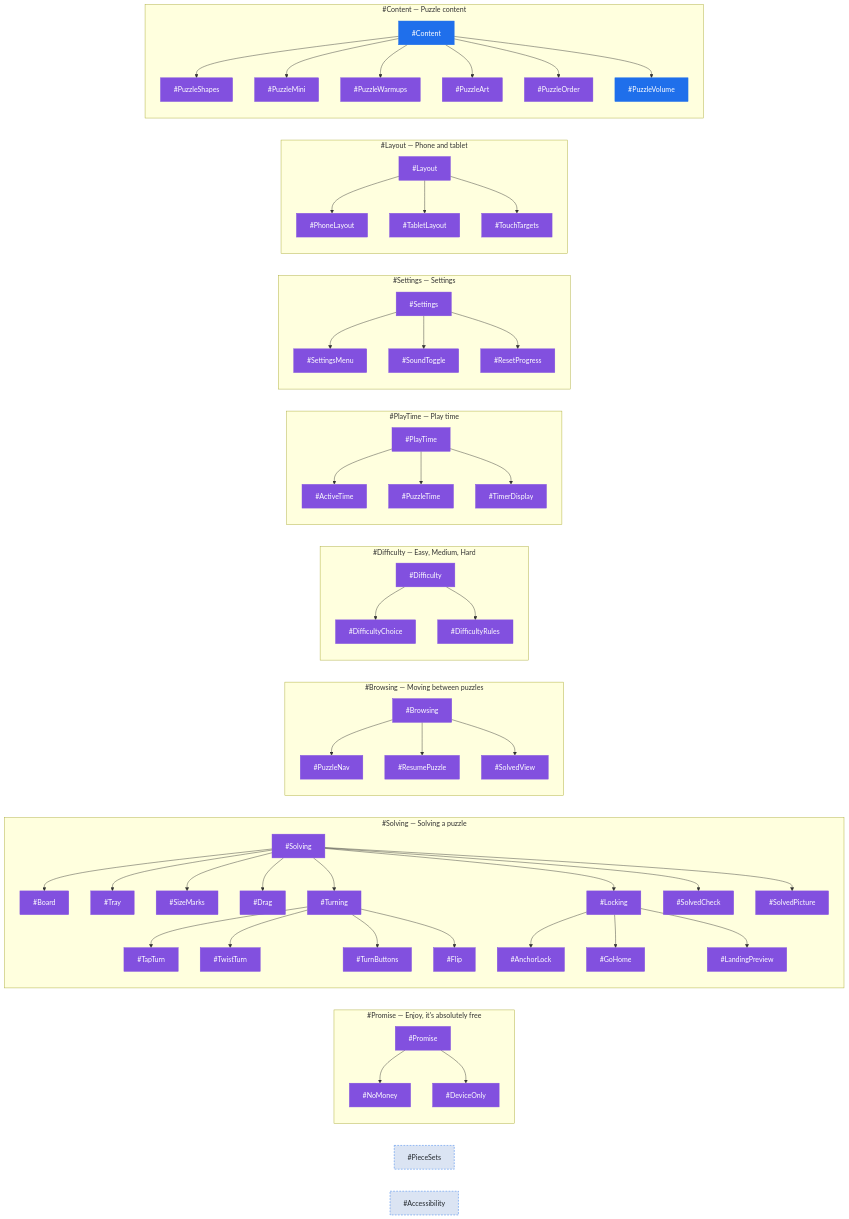
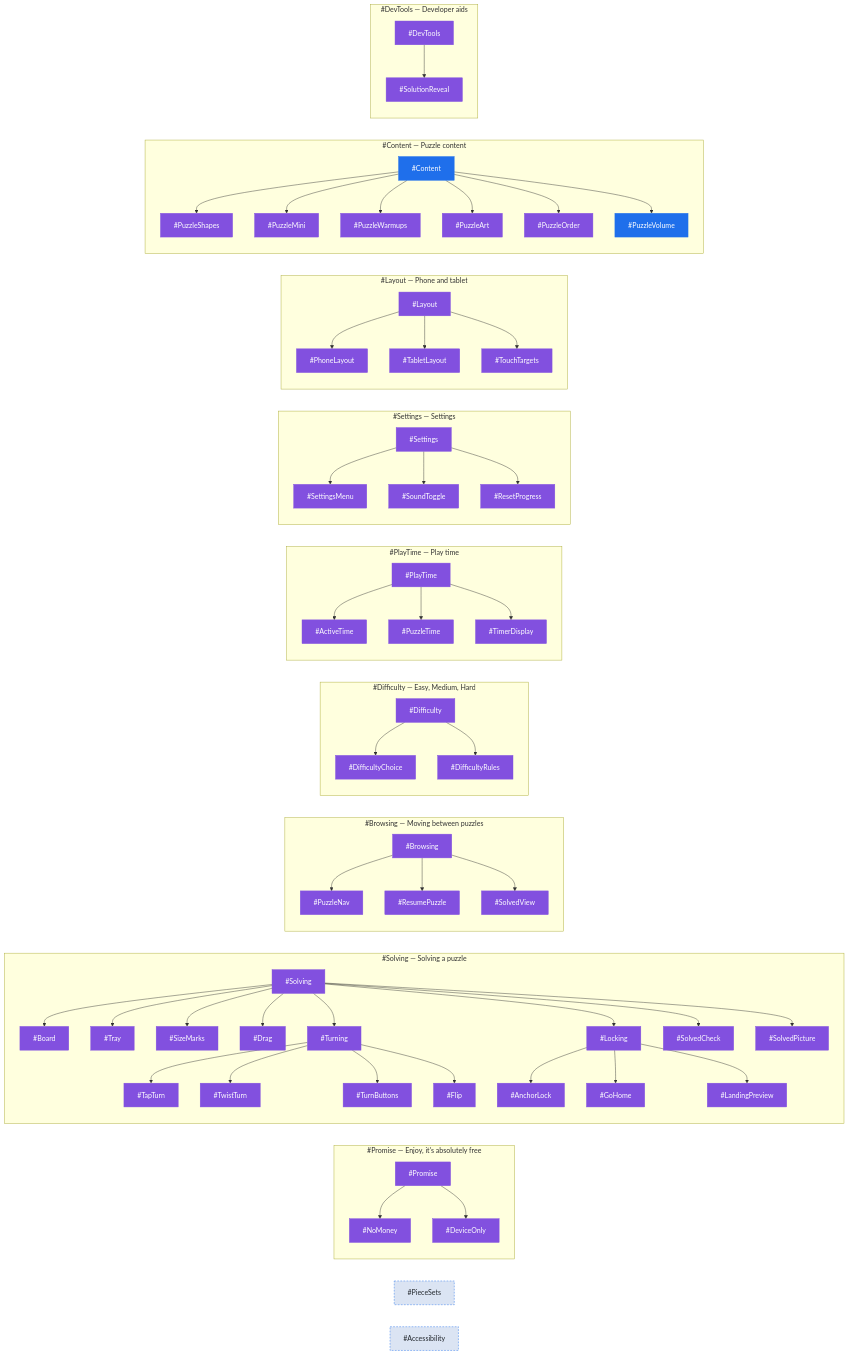
The diagram in Requirements/views/feature-map.md (jamisuni/TangramNoAds), drawn with Mermaid before and after one commit. The commit also changed 31 other files, not shown here.

```diff
--- a/Requirements/views/feature-map.md
+++ b/Requirements/views/feature-map.md
@@ -67,6 +67,10 @@
     PuzzleOrder["#PuzzleOrder"]:::featAi
     PuzzleVolume["#PuzzleVolume"]:::feat
   end
+  subgraph sg_DevTools ["#DevTools — Developer aids"]
+    DevTools["#DevTools"]:::featAi
+    SolutionReveal["#SolutionReveal"]:::featAi
+  end
   PieceSets["#PieceSets"]:::featIdea
   Accessibility["#Accessibility"]:::featIdea
   Promise --> NoMoney
@@ -106,6 +110,7 @@
   Content --> PuzzleArt
   Content --> PuzzleOrder
   Content --> PuzzleVolume
+  DevTools --> SolutionReveal
   classDef feat fill:#1f6feb,color:#fff,stroke:#1f6feb
   classDef featIdea fill:#dbe4f3,color:#24292f,stroke:#1f6feb,stroke-dasharray: 4 3
   classDef featSpec fill:#0d5c2f,color:#fff,stroke:#0d5c2f
```
